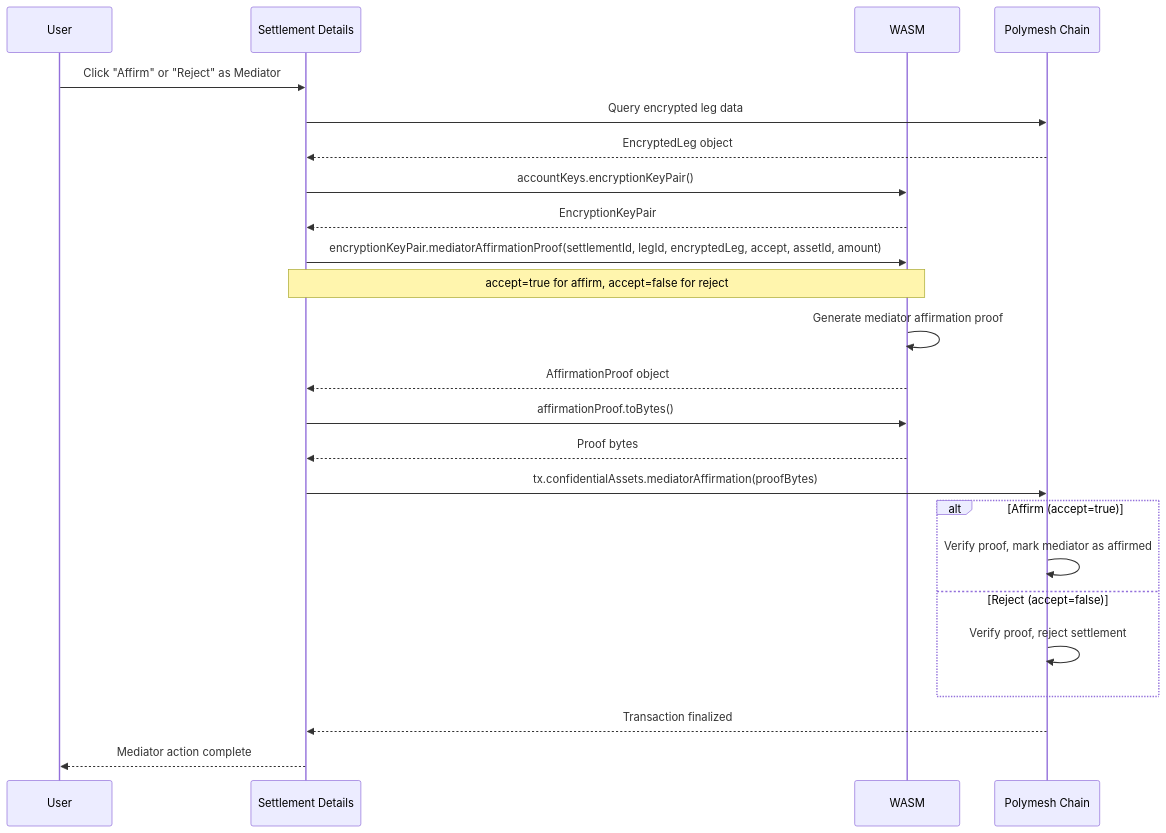
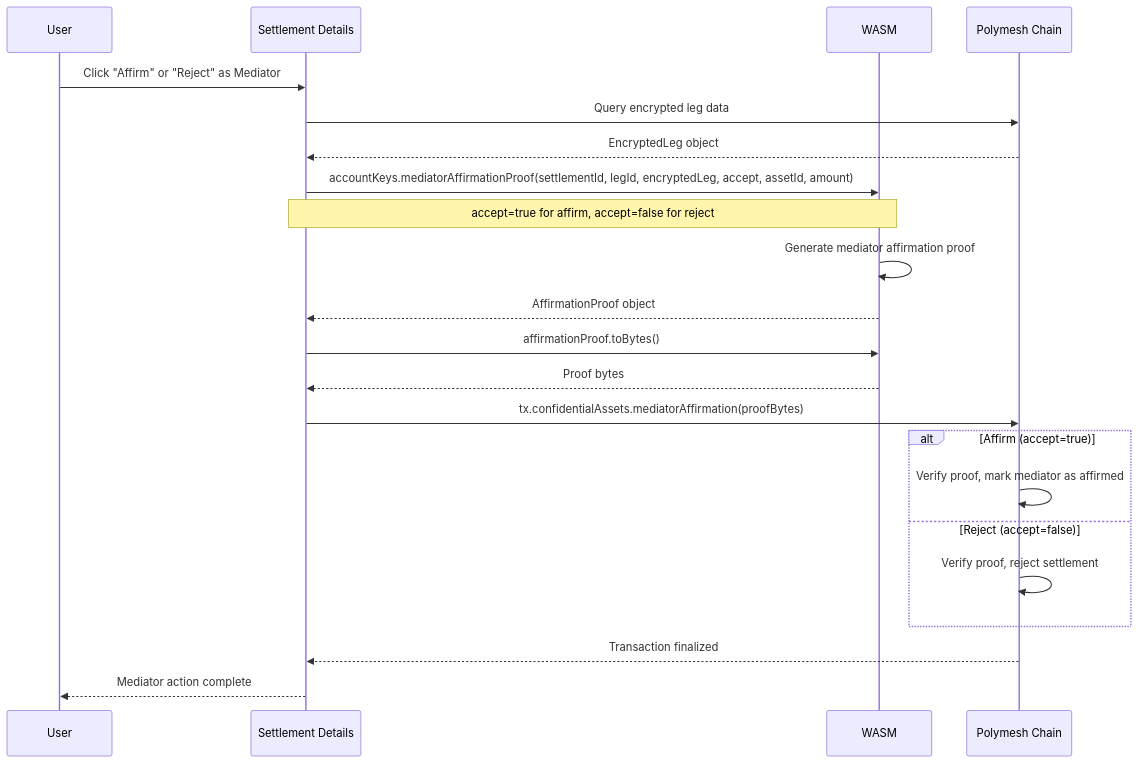
Diagram 24 of 27 in docs/WORKFLOWS.md (PolymeshAssociation/confidential-assets-ui), drawn with Mermaid before and after one commit. The commit also changed other lines of this file and 323 other files, not shown here.

````diff
--- a/docs/WORKFLOWS.md
+++ b/docs/WORKFLOWS.md
@@ -614,27 +614,25 @@
 ```mermaid
 sequenceDiagram
     participant User
     participant UI as Settlement Details
     participant WASM as WASM
     participant Chain as Polymesh Chain
 
     User->>UI: Click "Affirm" or "Reject" as Mediator
     UI->>Chain: Query encrypted leg data
     Chain-->>UI: EncryptedLeg object
-    UI->>WASM: accountKeys.encryptionKeyPair()
-    WASM-->>UI: EncryptionKeyPair
-    UI->>WASM: encryptionKeyPair.mediatorAffirmationProof(settlementId, legId, encryptedLeg, accept, assetId, amount)
+    UI->>WASM: accountKeys.mediatorAffirmationProof(settlementId, legId, encryptedLeg, accept, assetId, amount)
     Note over UI,WASM: accept=true for affirm, accept=false for reject
     WASM->>WASM: Generate mediator affirmation proof
     WASM-->>UI: AffirmationProof object
     UI->>WASM: affirmationProof.toBytes()
     WASM-->>UI: Proof bytes
     UI->>Chain: tx.confidentialAssets.mediatorAffirmation(proofBytes)
     alt Affirm (accept=true)
         Chain->>Chain: Verify proof, mark mediator as affirmed
     else Reject (accept=false)
         Chain->>Chain: Verify proof, reject settlement
     end
     Chain-->>UI: Transaction finalized
     UI-->>User: Mediator action complete
 ```
````
